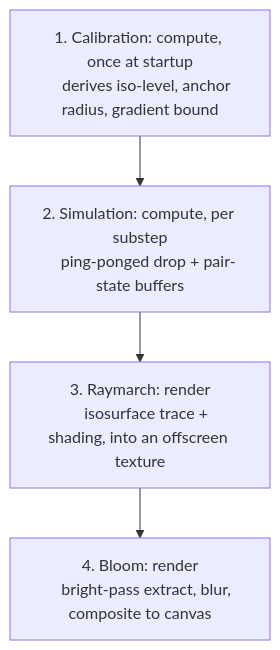
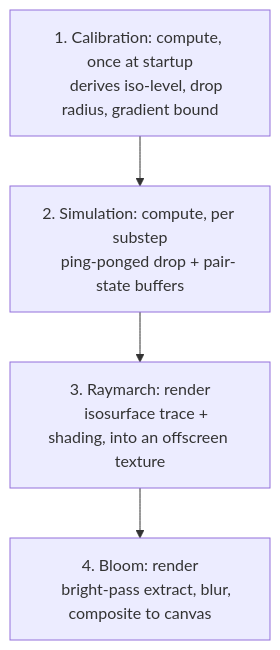
Before and after one commit to SJayV/Lava: the second of 2 diagrams in README.md, drawn with Mermaid. The commit also changed other lines of this file and 6 other files, not shown here.

````diff
--- a/README.md
+++ b/README.md
@@ -137,10 +139,10 @@
 ```mermaid
 flowchart TD
     A["1. Calibration: compute, once at startup
-    derives iso-level, anchor radius, gradient bound"] --> B["2. Simulation: compute, per substep
+    derives iso-level, drop radius, gradient bound"] --> B["2. Simulation: compute, per substep
     ping-ponged drop + pair-state buffers"]
     B --> C["3. Raymarch: render
     isosurface trace + shading, into an offscreen texture"]
     C --> D["4. Bloom: render
     bright-pass extract, blur, composite to canvas"]
 ```
````
